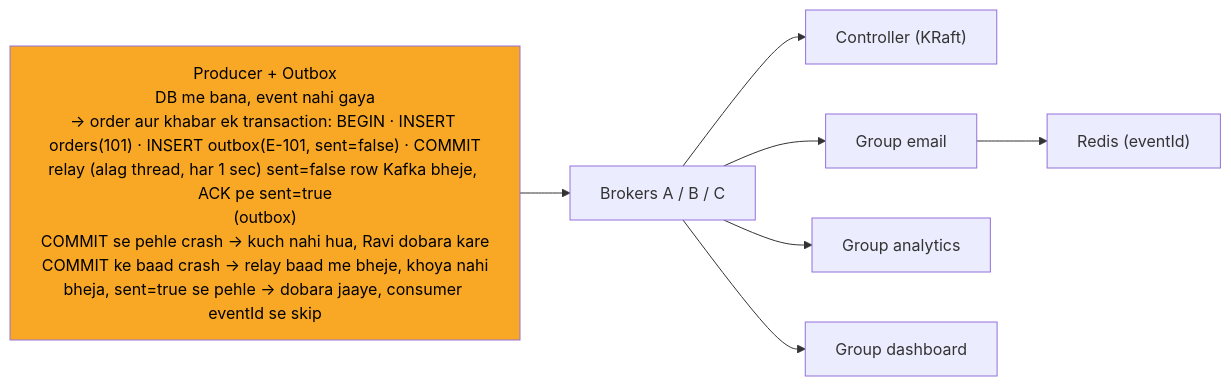
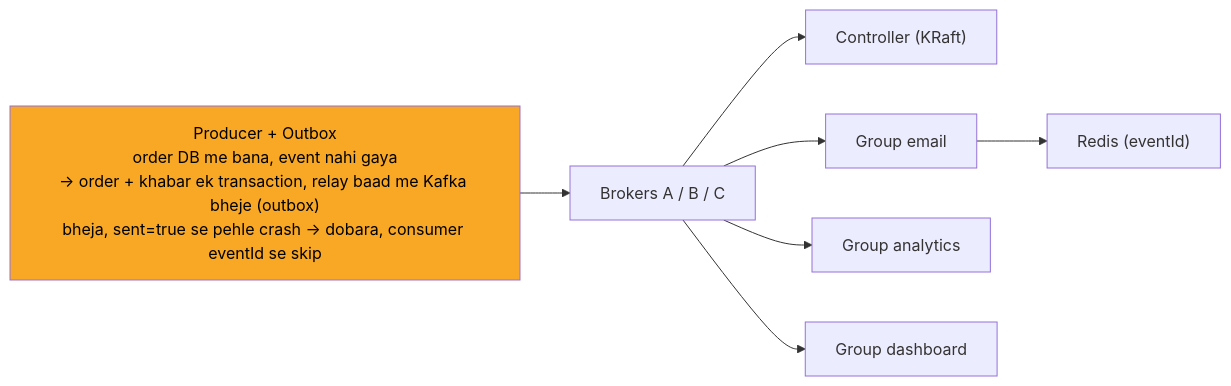
One commit to ArpanMaheshwari144/Prep changed the diagram in 04_HLD/SYSTEM_DESIGNS/12_message_queue_kafka/img/c8.mmd. Above: the diagram before and after it, drawn with Mermaid. The commit also changed 182 other files, not shown here.

Commit message:
kafka: peele dabbe chhote, card 3 partition+offset aur card 6 ISR ki tasveer image me; sab SVG max 720 chaude

```diff
--- a/04_HLD/SYSTEM_DESIGNS/12_message_queue_kafka/img/c8.mmd
+++ b/04_HLD/SYSTEM_DESIGNS/12_message_queue_kafka/img/c8.mmd
@@ -1,16 +1,16 @@
 %%{init: {"flowchart": {"wrappingWidth": 450}}}%%
 flowchart LR
-    n_P["Producer + Outbox<br/>DB me bana, event nahi gaya<br/>-> order aur khabar ek transaction: BEGIN · INSERT orders(101) · INSERT outbox(E-101, sent=false) · COMMIT<br/>relay (alag thread, har 1 sec) sent=false row Kafka bheje, ACK pe sent=true<br/>(outbox)<br/>COMMIT se pehle crash -> kuch nahi hua, Ravi dobara kare<br/>COMMIT ke baad crash -> relay baad me bheje, khoya nahi<br/>bheja, sent=true se pehle -> dobara jaaye, consumer eventId se skip"]
+    n_P["Producer + Outbox<br/>order DB me bana, event nahi gaya<br/>-> order + khabar ek transaction, relay baad me Kafka bheje (outbox)<br/>bheja, sent=true se pehle crash -> dobara, consumer eventId se skip"]
     n_B["Brokers A / B / C"]
     n_K["Controller (KRaft)"]
     n_GE["Group email"]
     n_R["Redis (eventId)"]
     n_GA["Group analytics"]
     n_GD["Group dashboard"]
     n_P --> n_B
     n_B --> n_K
     n_B --> n_GE
     n_B --> n_GA
     n_B --> n_GD
     n_GE --> n_R
     style n_P fill:#f9a825,color:#000
```
